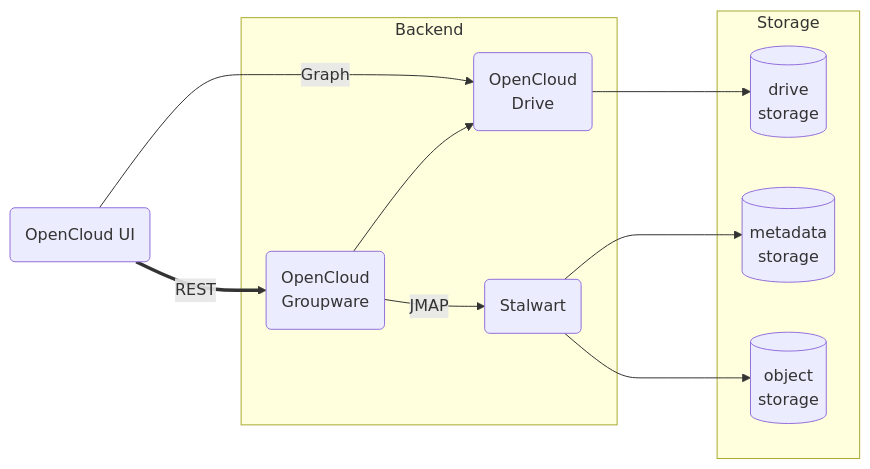
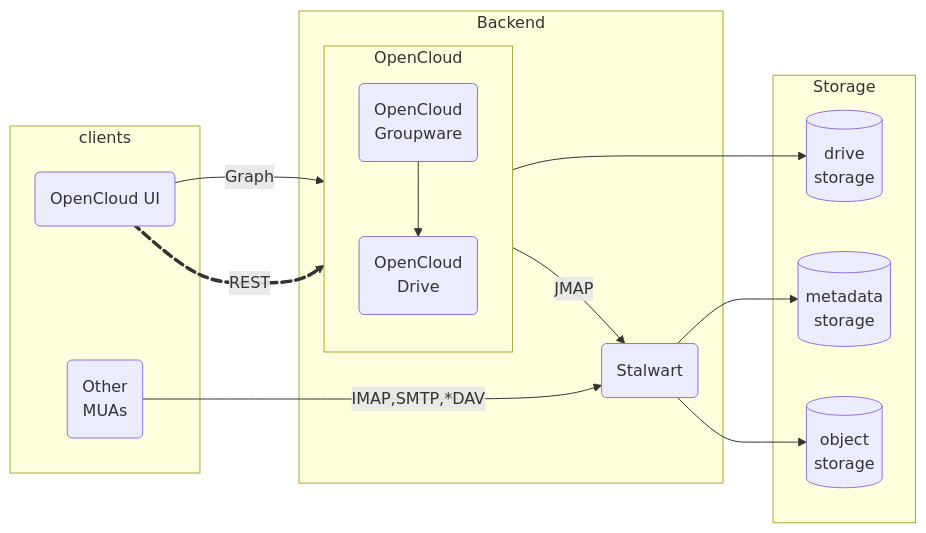
Before and after one commit to mrodozov/opencloud: the fourth of 4 diagrams in docs/adr/groupware/0006-webui-api.md, drawn with Mermaid. The commit also changed other lines of this file, not shown here.

````diff
--- a/docs/adr/groupware/0006-webui-api.md
+++ b/docs/adr/groupware/0006-webui-api.md
@@ -247,21 +409,29 @@
 ```mermaid
 graph LR
-  c(OpenCloud UI)
+  subgraph clients
+    ui(OpenCloud UI)
+    muas(Other<br>MUAs)
+  end
   subgraph Backend
-    g("OpenCloud<br>Groupware")
-    o("OpenCloud<br>Drive")
-    s(Stalwart)
+    subgraph OpenCloud
+      direction TB
+      groupware("OpenCloud<br>Groupware")
+      drive("OpenCloud<br>Drive")
+    end
+    stalwart(Stalwart)
   end
   subgraph Storage
-    ds[(drive<br>storage)]
-    mds[(metadata<br>storage)]
-    ms[(object<br>storage)]
+    drive_storage[(drive<br>storage)]
+    stalwart_metadata[(metadata<br>storage)]
+    stalwart_storage[(object<br>storage)]
   end
-  c==>|REST|g
-  g-->o
-  g-->|JMAP|s
-  c-->|Graph|o
-  o-->ds
-  s-->mds
-  s-->ms
+  ui y@==>|REST|groupware
+  y@{ animate: true }
+  ui-->|Graph|drive
+  muas-->|IMAP,SMTP,*DAV|stalwart
+  groupware-->drive
+  groupware-->|JMAP|stalwart
+  drive-->drive_storage
+  stalwart-->stalwart_metadata
+  stalwart-->stalwart_storage
 ```
````
